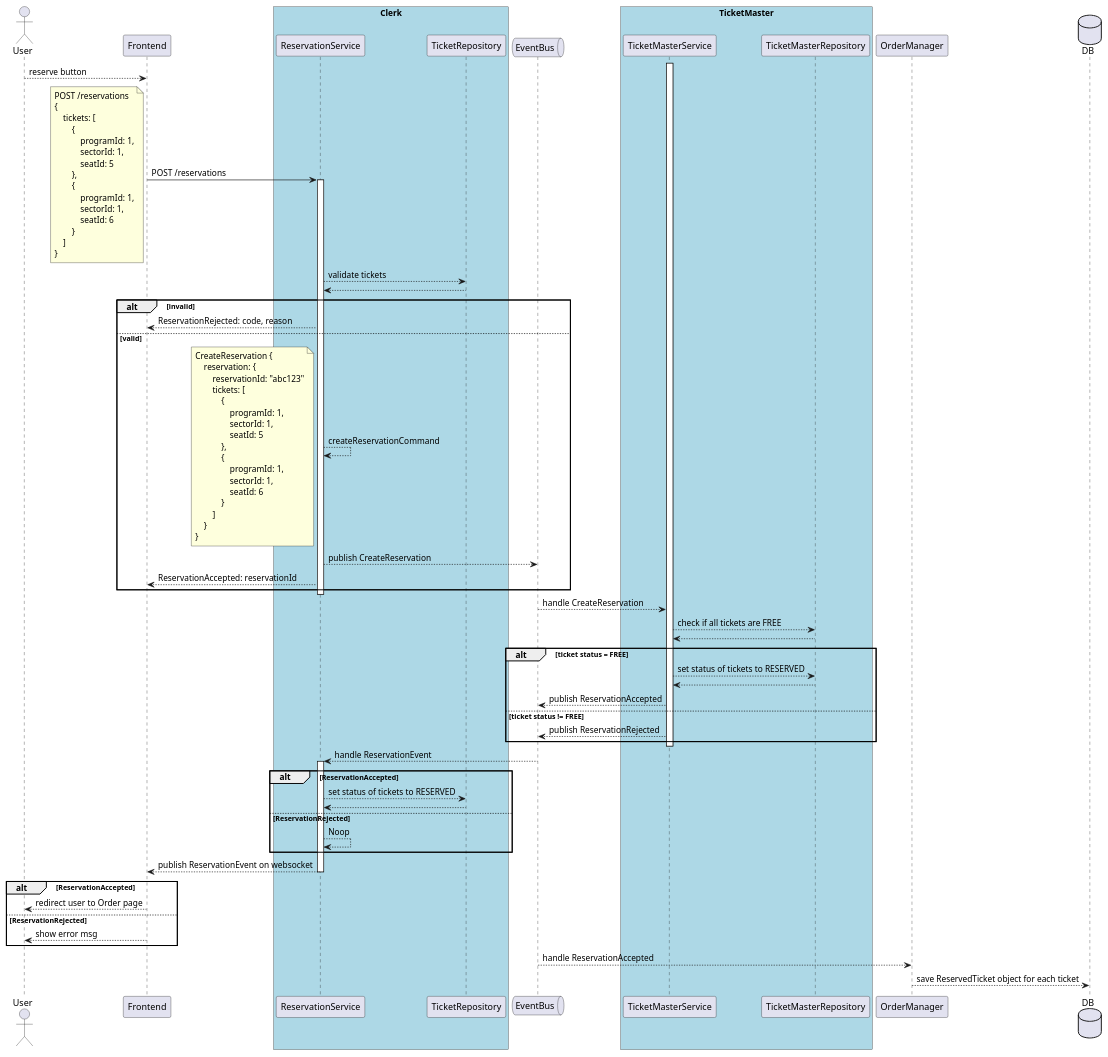
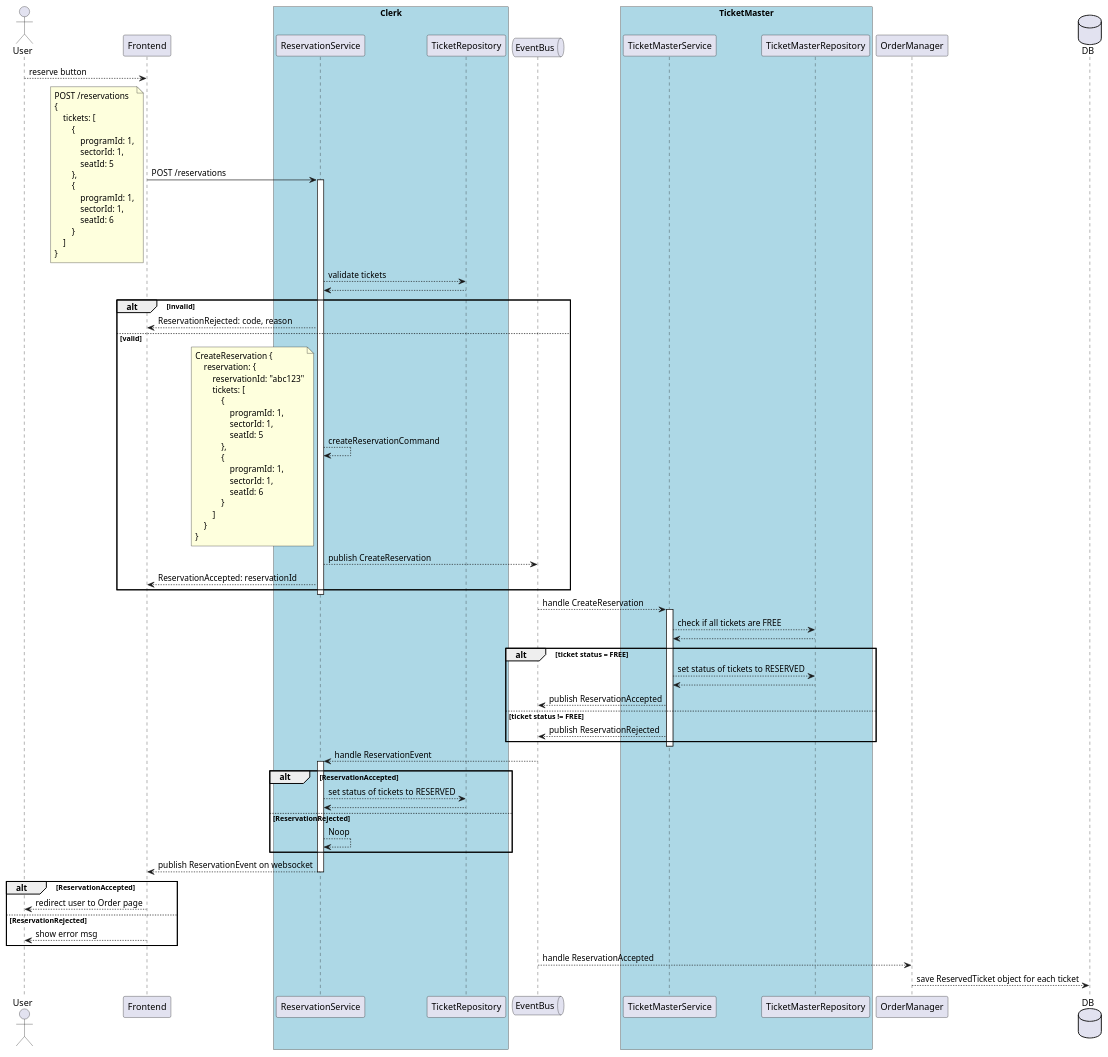
One commit to microservicesteam/project-adele changed the diagram in design/ReservationSequence.puml. Above: the diagram before and after it, drawn with PlantUML. The commit also changed other lines of this file, not shown here.

Commit message:
Issue-53 Fix activation for TicketMaster

```diff
--- a/design/ReservationSequence.puml
+++ b/design/ReservationSequence.puml
@@ -1,102 +1,102 @@
 @startuml
 actor User
 participant Frontend
 box "Clerk" #LightBlue
 participant ReservationService
 participant TicketRepository
 end box
 queue EventBus
 box "TicketMaster" #LightBlue
 participant TicketMasterService
 participant TicketMasterRepository
 end box
 participant OrderManager
 database DB
 
 User --> Frontend: reserve button
 Frontend -> ReservationService: POST /reservations
 
 note left
     POST /reservations
     {
         tickets: [
             {
                 programId: 1,
                 sectorId: 1,
                 seatId: 5
             },
             {
                 programId: 1,
                 sectorId: 1,
                 seatId: 6
             }
         ]
     }
 end note
 
 activate ReservationService
     ReservationService --> TicketRepository: validate tickets
     ReservationService <-- TicketRepository
     alt invalid
         ReservationService --> Frontend: ReservationRejected: code, reason
     else valid
         ReservationService --> ReservationService: createReservationCommand
         note left
             CreateReservation {
                 reservation: {
                     reservationId: "abc123"
                     tickets: [
                         {
                             programId: 1,
                             sectorId: 1,
                             seatId: 5
                         },
                         {
                             programId: 1,
                             sectorId: 1,
                             seatId: 6
                         }
                     ]
                 }
             }
         end note
         ReservationService --> EventBus: publish CreateReservation
         ReservationService --> Frontend: ReservationAccepted: reservationId
     end
 deactivate ReservationService
 
+    EventBus --> TicketMasterService: handle CreateReservation
 activate TicketMasterService
-    EventBus --> TicketMasterService: handle CreateReservation
 
     TicketMasterService --> TicketMasterRepository: check if all tickets are FREE
     TicketMasterService <-- TicketMasterRepository
 
     alt ticket status = FREE
         TicketMasterService --> TicketMasterRepository: set status of tickets to RESERVED
         TicketMasterService <-- TicketMasterRepository:
         EventBus <-- TicketMasterService: publish ReservationAccepted
     else ticket status != FREE
         EventBus <-- TicketMasterService: publish ReservationRejected
     end
 deactivate TicketMasterService
 
 ReservationService <-- EventBus: handle ReservationEvent
 activate ReservationService
     alt ReservationAccepted
         ReservationService --> TicketRepository: set status of tickets to RESERVED
         ReservationService <-- TicketRepository
     else ReservationRejected
         ReservationService --> ReservationService: Noop
     end
     Frontend <-- ReservationService: publish ReservationEvent on websocket
 deactivate ReservationService
 
     alt ReservationAccepted
         Frontend --> User: redirect user to Order page
     else ReservationRejected
         Frontend --> User: show error msg
     end
     EventBus --> OrderManager: handle ReservationAccepted
     OrderManager --> DB: save ReservedTicket object for each ticket
 
 @enduml
```
